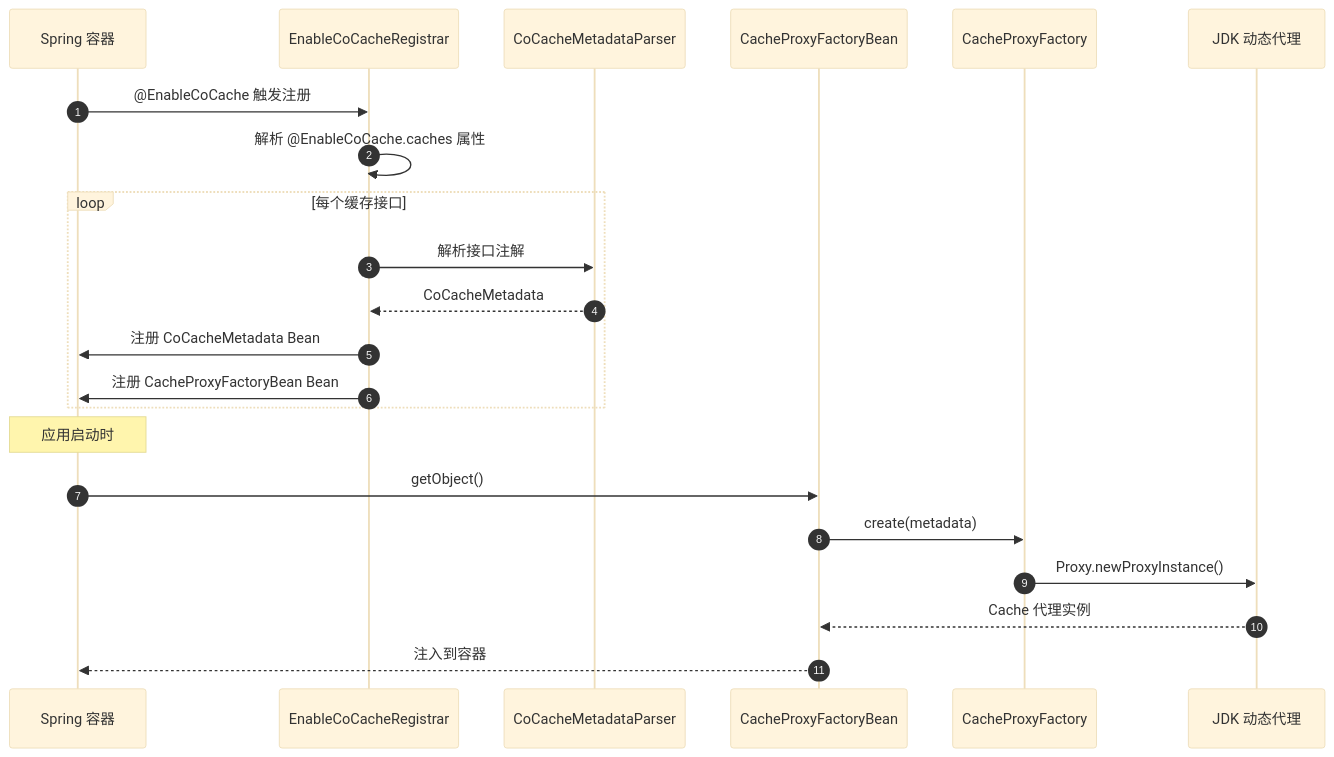
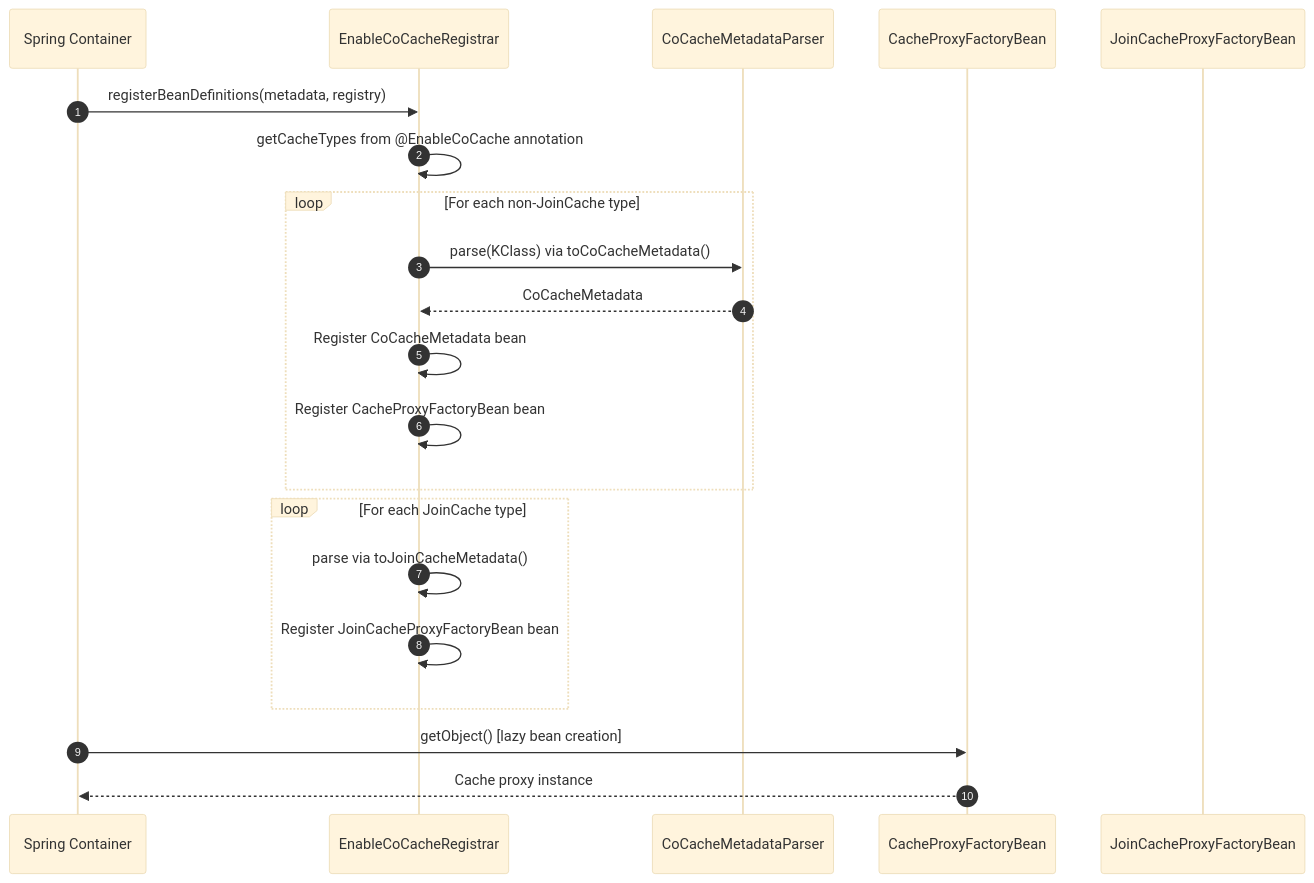
The second of 6 diagrams in wiki/zh/architecture/proxy.md (Ahoo-Wang/CoCache), drawn with Mermaid (base theme) before and after one commit. The commit also changed other lines of this file and 25 other files, not shown here.

````diff
--- a/wiki/zh/architecture/proxy.md
+++ b/wiki/zh/architecture/proxy.md
@@ -12,27 +84,27 @@
 ```mermaid
 sequenceDiagram
 autonumber
-    participant Spring as Spring 容器
-    participant ECR as EnableCoCacheRegistrar
-    participant Parser as CoCacheMetadataParser
-    participant FBF as CacheProxyFactoryBean
-    participant CPF as CacheProxyFactory
-    participant Proxy as JDK 动态代理
+    participant SC as Spring Container
+    participant R as EnableCoCacheRegistrar
+    participant P as CoCacheMetadataParser
+    participant F as CacheProxyFactoryBean
+    participant JF as JoinCacheProxyFactoryBean
 
-    Spring->>ECR: @EnableCoCache 触发注册
-    ECR->>ECR: 解析 @EnableCoCache.caches 属性
-    loop 每个缓存接口
-        ECR->>Parser: 解析接口注解
-        Parser-->>ECR: CoCacheMetadata
-        ECR->>Spring: 注册 CoCacheMetadata Bean
-        ECR->>Spring: 注册 CacheProxyFactoryBean Bean
+    SC->>R: registerBeanDefinitions(metadata, registry)
+    R->>R: getCacheTypes from @EnableCoCache annotation
+
+    loop For each non-JoinCache type
+        R->>P: parse(KClass) via toCoCacheMetadata()
+        P-->>R: CoCacheMetadata
+        R->>R: Register CoCacheMetadata bean
+        R->>R: Register CacheProxyFactoryBean bean
     end
 
-    Note over Spring: 应用启动时
-    Spring->>FBF: getObject()
-    FBF->>CPF: create(metadata)
-    CPF->>Proxy: Proxy.newProxyInstance()
-    Proxy-->>FBF: Cache 代理实例
-    FBF-->>Spring: 注入到容器
+    loop For each JoinCache type
+        R->>R: parse via toJoinCacheMetadata()
+        R->>R: Register JoinCacheProxyFactoryBean bean
+    end
 
+    SC->>F: getObject() [lazy bean creation]
+    F-->>SC: Cache proxy instance
 ```
````
